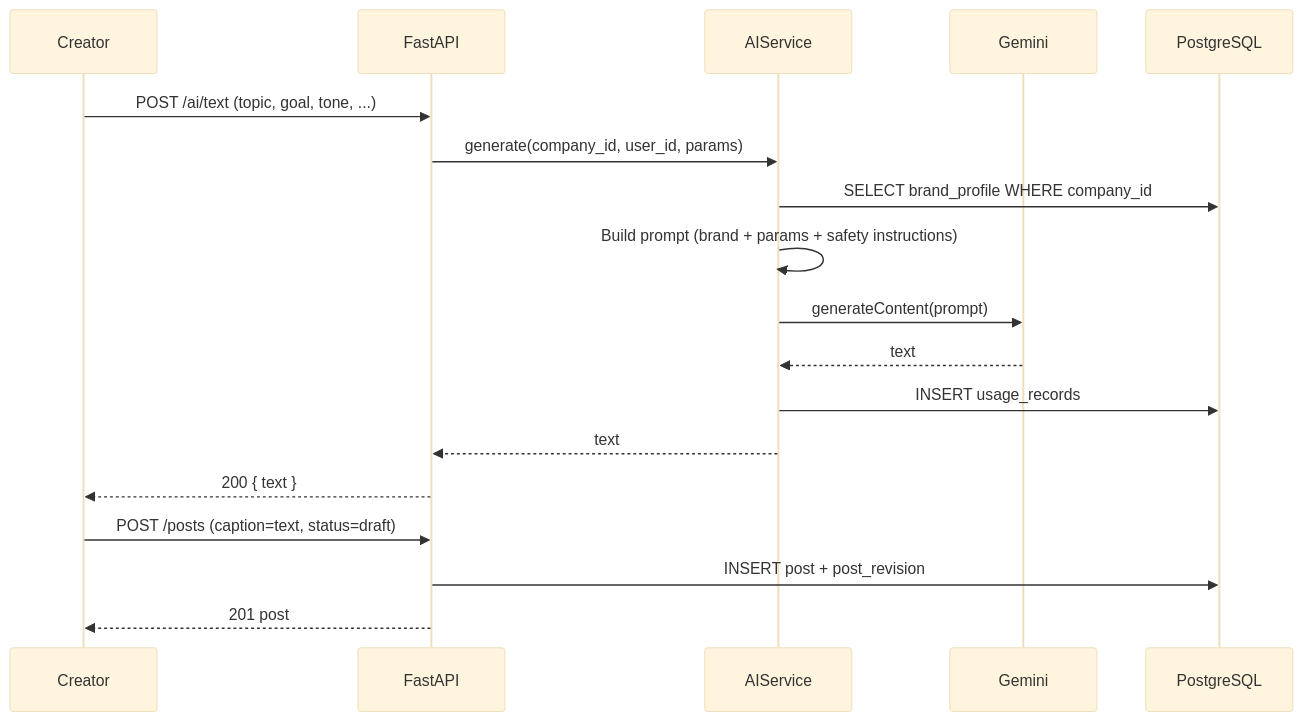
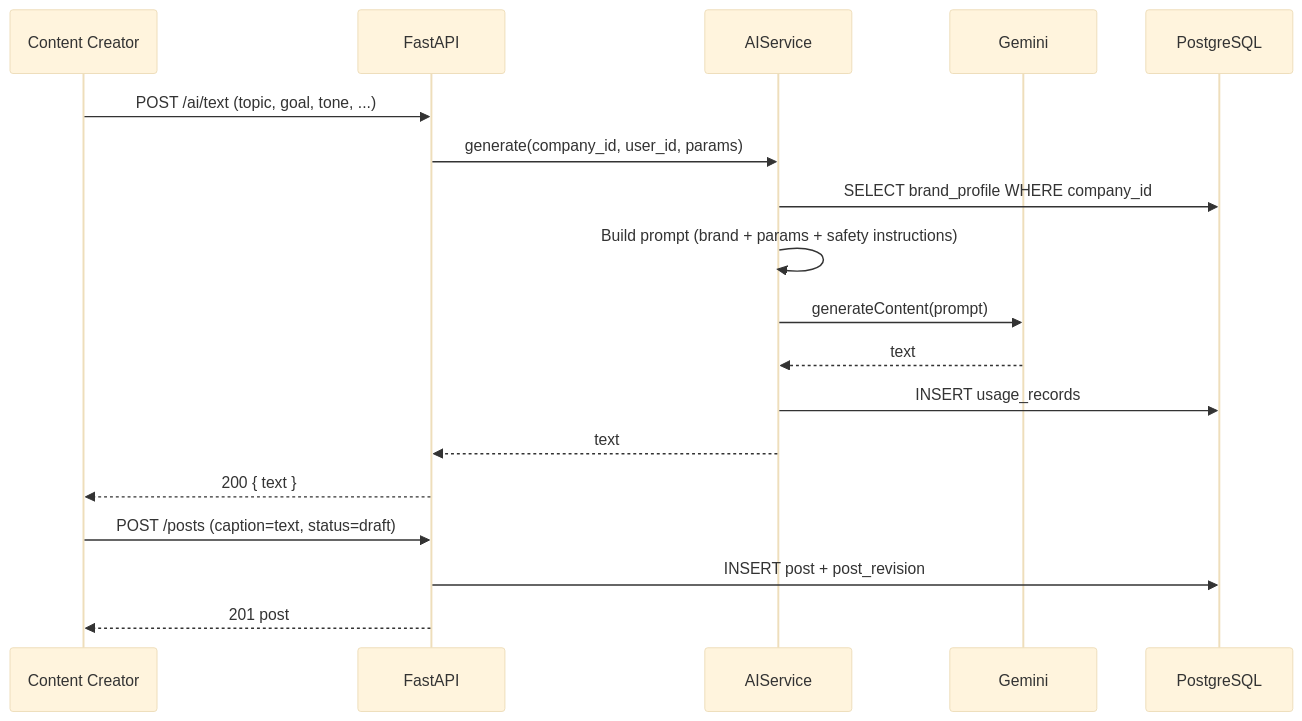
The sixth of 10 diagrams in docs/04-system-architecture.md (Lido01/socialpilot-ai), drawn with Mermaid (base theme) before and after one commit. The commit also changed other lines of this file, not shown here.

Commit message:
docs: update system architecture module structure for 3-role model

````diff
--- a/docs/04-system-architecture.md
+++ b/docs/04-system-architecture.md
@@ -363,21 +363,21 @@
 ```mermaid
 sequenceDiagram
-    participant C as Creator
+    participant C as Content Creator
     participant API as FastAPI
     participant S as AIService
     participant G as Gemini
     participant DB as PostgreSQL
 
     C->>API: POST /ai/text (topic, goal, tone, ...)
     API->>S: generate(company_id, user_id, params)
     S->>DB: SELECT brand_profile WHERE company_id
     S->>S: Build prompt (brand + params + safety instructions)
     S->>G: generateContent(prompt)
     G-->>S: text
     S->>DB: INSERT usage_records
     S-->>API: text
     API-->>C: 200 { text }
     C->>API: POST /posts (caption=text, status=draft)
     API->>DB: INSERT post + post_revision
     API-->>C: 201 post
 ```
````
